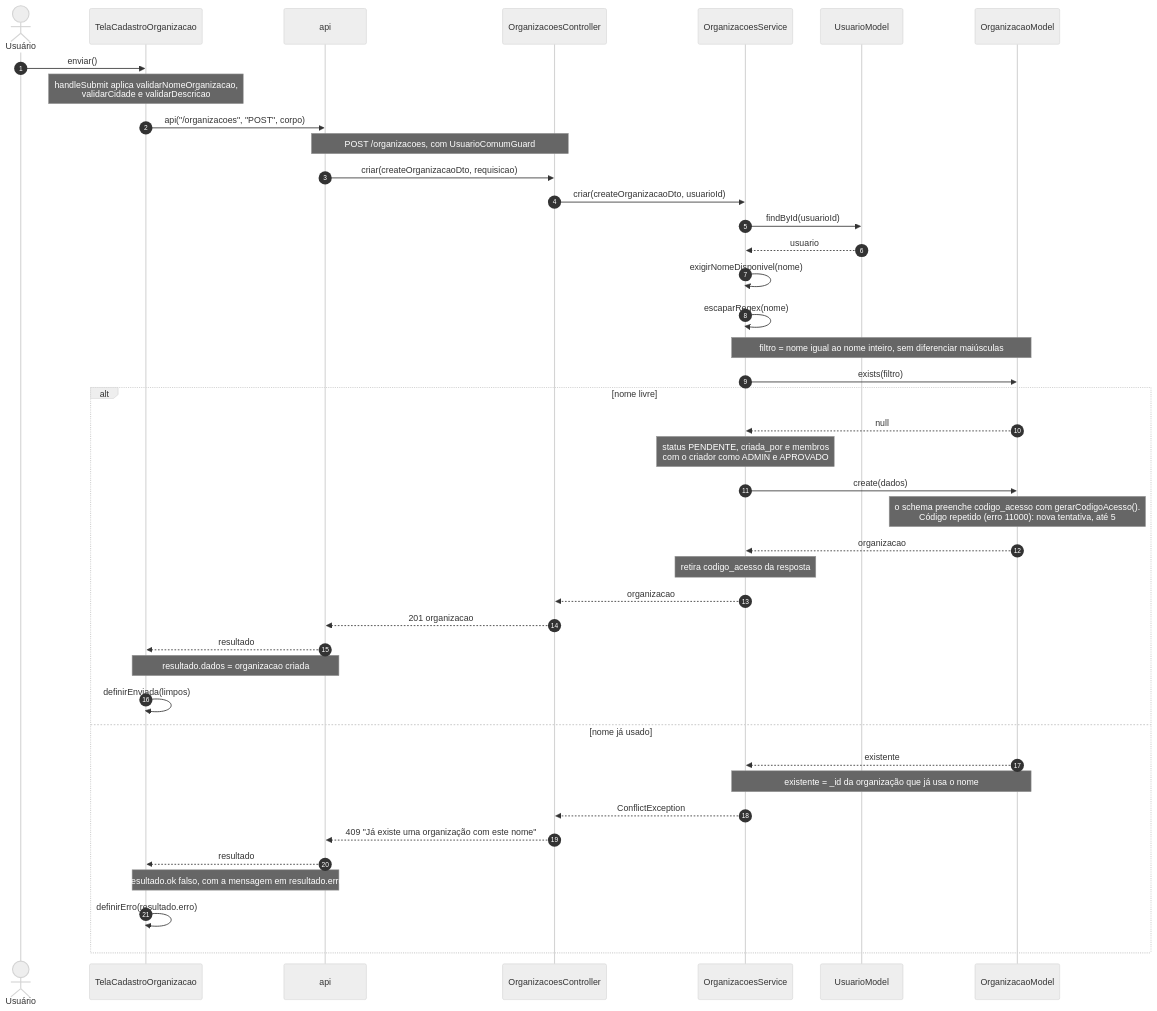
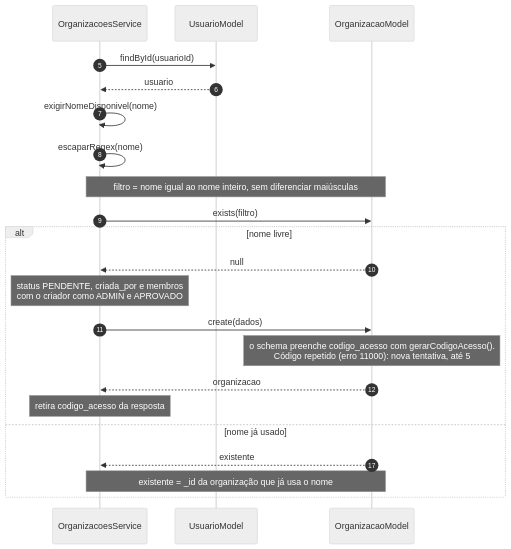
The third of 47 diagrams in 2 - Incremento 1/cadastro-organizacao/6 - diagramas-sequencia-cadastro-organizacao.md (Conecta-IFSP/DOCUMENTATION), drawn with Mermaid (neutral theme) before and after one commit. The commit also changed other lines of this file and 5 other files, not shown here.

Commit message:
Divide os diagramas de sequência dos incrementos 1 e 2 em partes legíveis

````diff
--- a/2 - Incremento 1/cadastro-organizacao/6 - diagramas-sequencia-cadastro-organizacao.md
+++ b/2 - Incremento 1/cadastro-organizacao/6 - diagramas-sequencia-cadastro-organizacao.md
@@ -13,44 +71,25 @@
 ```mermaid
 sequenceDiagram
-    autonumber
-    actor U as Usuário
-    participant T as TelaCadastroOrganizacao
-    participant A as api
-    participant C as OrganizacoesController
+    autonumber 5
     participant S as OrganizacoesService
     participant UM as UsuarioModel
     participant M as OrganizacaoModel
-    U->>T: enviar()
-    Note over T: handleSubmit aplica validarNomeOrganizacao,<br/>validarCidade e validarDescricao
-    T->>A: api("/organizacoes", "POST", corpo)
-    Note over A,C: POST /organizacoes, com UsuarioComumGuard
-    A->>C: criar(createOrganizacaoDto, requisicao)
-    C->>S: criar(createOrganizacaoDto, usuarioId)
     S->>UM: findById(usuarioId)
     UM-->>S: usuario
     S->>S: exigirNomeDisponivel(nome)
     S->>S: escaparRegex(nome)
     Note over S,M: filtro = nome igual ao nome inteiro, sem diferenciar maiúsculas
     S->>M: exists(filtro)
     alt nome livre
         M-->>S: null
         Note over S: status PENDENTE, criada_por e membros<br/>com o criador como ADMIN e APROVADO
         S->>M: create(dados)
         Note over M: o schema preenche codigo_acesso com gerarCodigoAcesso().<br/>Código repetido (erro 11000): nova tentativa, até 5
         M-->>S: organizacao
         Note over S: retira codigo_acesso da resposta
-        S-->>C: organizacao
-        C-->>A: 201 organizacao
-        A-->>T: resultado
-        Note over T,A: resultado.dados = organizacao criada
-        T->>T: definirEnviada(limpos)
     else nome já usado
+        autonumber 17
         M-->>S: existente
         Note over S,M: existente = _id da organização que já usa o nome
-        S-->>C: ConflictException
-        C-->>A: 409 "Já existe uma organização com este nome"
-        A-->>T: resultado
-        Note over T,A: resultado.ok falso, com a mensagem em resultado.erro
-        T->>T: definirErro(resultado.erro)
     end
 ```
````
